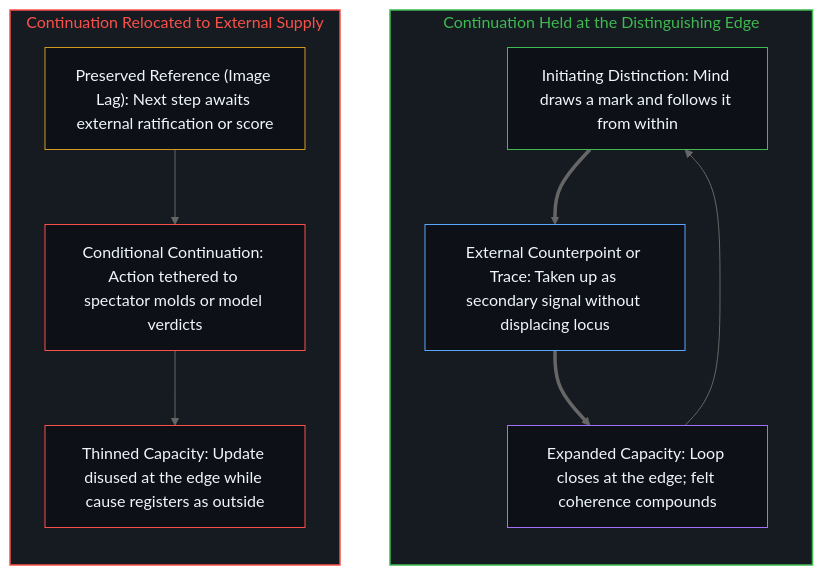
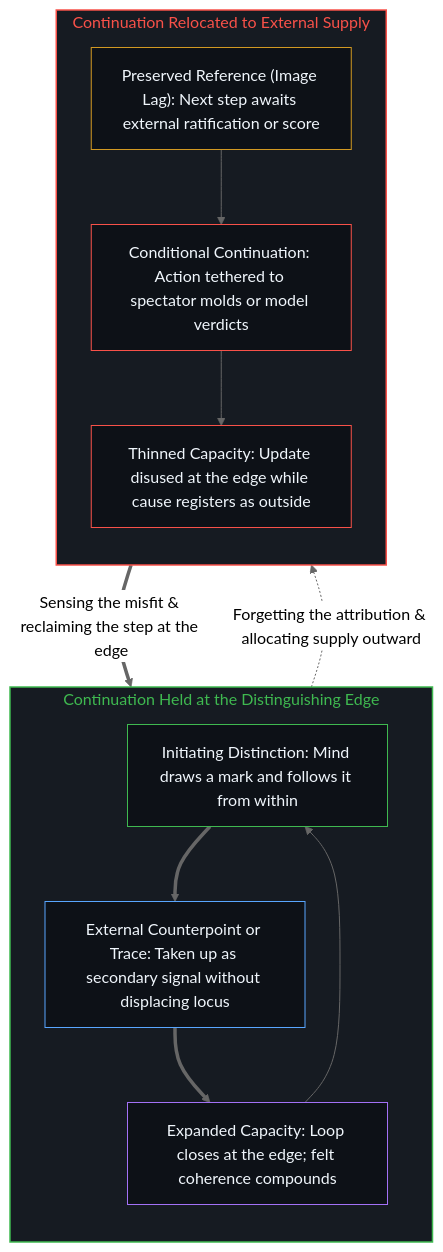
The second of 2 diagrams in content/posts/the-allocation-of-causal-power-in-validation.md (powerpig99/not-a-toe), drawn with Mermaid (neutral theme) before and after one commit. The commit also changed other lines of this file and 5 other files, not shown here.

````diff
--- a/content/posts/the-allocation-of-causal-power-in-validation.md
+++ b/content/posts/the-allocation-of-causal-power-in-validation.md
@@ -80,26 +82,28 @@
 ```mermaid
 flowchart TD
     subgraph S_Internal["Continuation Held at the Distinguishing Edge"]
         direction TB
         Draw["Initiating Distinction: Mind draws a mark and follows it from within"]
         Signal["External Counterpoint or Trace: Taken up as secondary signal without displacing locus"]
         Expand["Expanded Capacity: Loop closes at the edge; felt coherence compounds"]
         Draw ==> Signal ==> Expand
         Expand --> Draw
     end
     subgraph S_External["Continuation Relocated to External Supply"]
         direction TB
         Defer["Preserved Reference (Image Lag): Next step awaits external ratification or score"]
         Hostage["Conditional Continuation: Action tethered to spectator molds or model verdicts"]
         Thin["Thinned Capacity: Update disused at the edge while cause registers as outside"]
         Defer --> Hostage --> Thin
     end
+    Draw -.->|"Forgetting the attribution & allocating supply outward"| Defer
+    Thin ==>|"Sensing the misfit & reclaiming the step at the edge"| Draw
     style S_Internal fill:#161b22,stroke:#3fb950,stroke-width:1.5px,color:#3fb950
     style S_External fill:#161b22,stroke:#f85149,stroke-width:1.5px,color:#f85149
     style Draw fill:#0d1117,stroke:#3fb950,stroke-width:1px,color:#f0f6fc
     style Signal fill:#0d1117,stroke:#58a6ff,stroke-width:1px,color:#f0f6fc
     style Expand fill:#0d1117,stroke:#a371f7,stroke-width:1px,color:#f0f6fc
     style Defer fill:#0d1117,stroke:#d29922,stroke-width:1px,color:#f0f6fc
     style Hostage fill:#0d1117,stroke:#f85149,stroke-width:1px,color:#f0f6fc
     style Thin fill:#0d1117,stroke:#f85149,stroke-width:1px,color:#f0f6fc
 ```
````
